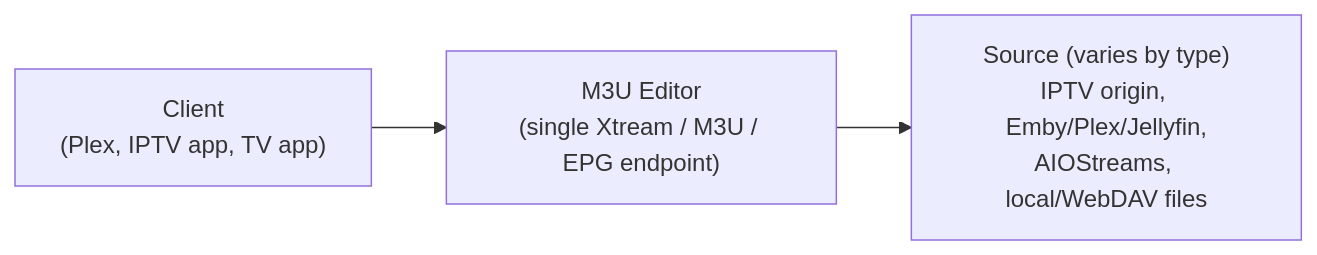
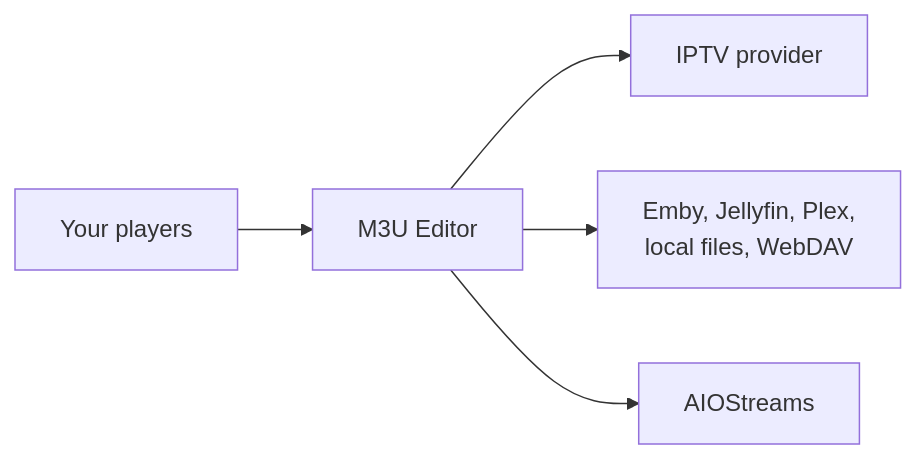
Before and after one commit to m3ue/m3u-editor-docs-v2: the diagram in docs/integrations/overview.md, drawn with Mermaid. The commit also changed other lines of this file and 89 other files, not shown here.

````diff
--- a/docs/integrations/overview.md
+++ b/docs/integrations/overview.md
@@ -18,5 +33,7 @@
 ```mermaid
 flowchart LR
-    Client["Client<br/>(Plex, IPTV app, TV app)"] --> M3UE["M3U Editor<br/>(single Xtream / M3U / EPG endpoint)"]
-    M3UE --> Source["Source (varies by type)<br/>IPTV origin, Emby/Plex/Jellyfin,<br/>AIOStreams, local/WebDAV files"]
+    Player["Your players"] --> M3UE["M3U Editor"]
+    M3UE --> IPTV["IPTV provider"]
+    M3UE --> Media["Emby, Jellyfin, Plex,<br/>local files, WebDAV"]
+    M3UE --> AIO["AIOStreams"]
 ```
````
